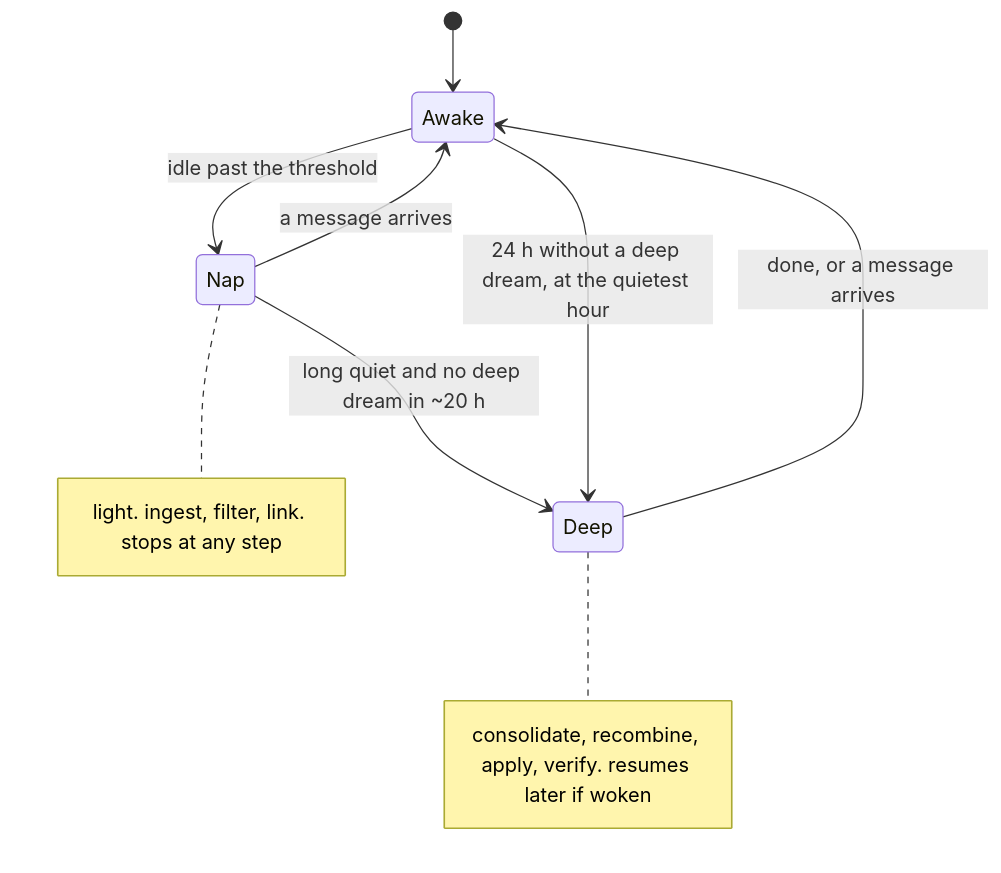
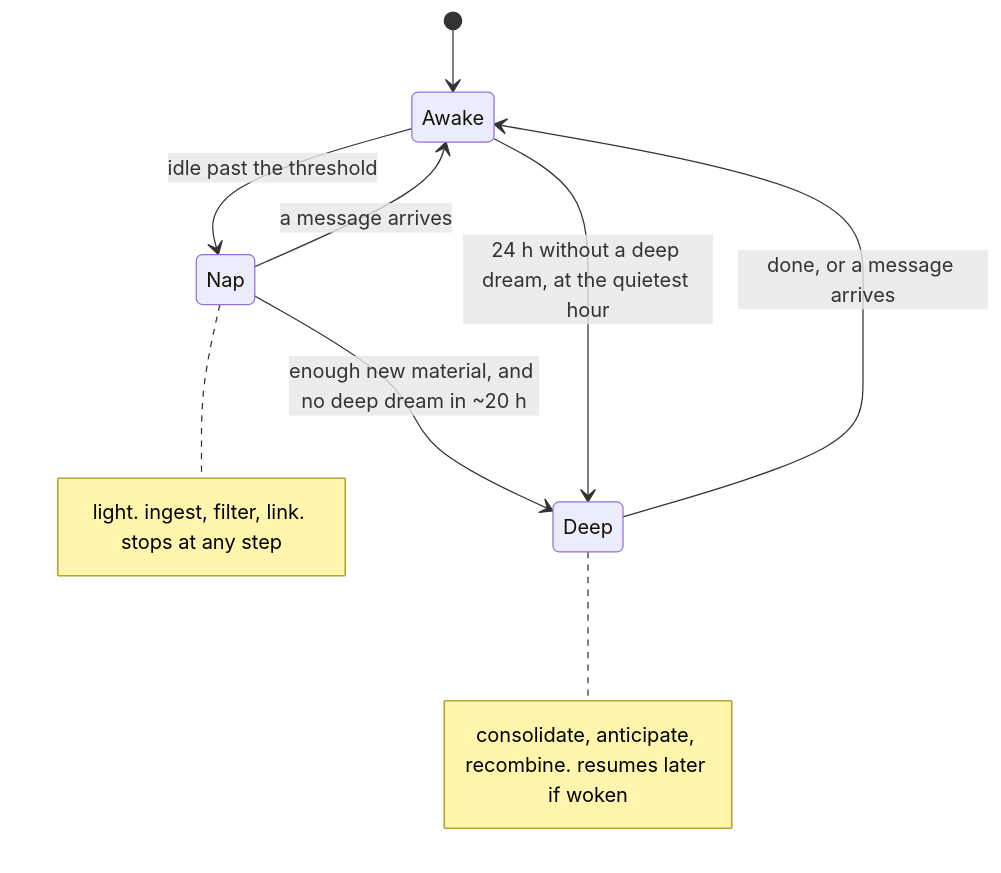
Before and after one commit to CarlvinceTan/polymux: the second of 2 diagrams in docs/proactivity.md, drawn with Mermaid. The commit also changed other lines of this file, not shown here.

````diff
--- a/docs/proactivity.md
+++ b/docs/proactivity.md
@@ -63,11 +83,11 @@
 ```mermaid
 stateDiagram-v2
     [*] --> Awake
     Awake --> Nap: idle past the threshold
     Nap --> Awake: a message arrives
-    Nap --> Deep: long quiet and no deep dream in ~20 h
+    Nap --> Deep: enough new material, and no deep dream in ~20 h
     Awake --> Deep: 24 h without a deep dream, at the quietest hour
     Deep --> Awake: done, or a message arrives
     note right of Nap: light. ingest, filter, link. stops at any step
-    note right of Deep: consolidate, recombine, apply, verify. resumes later if woken
+    note right of Deep: consolidate, anticipate, recombine. resumes later if woken
 ```
````
